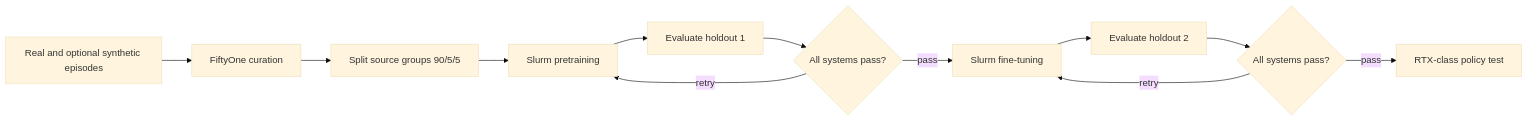
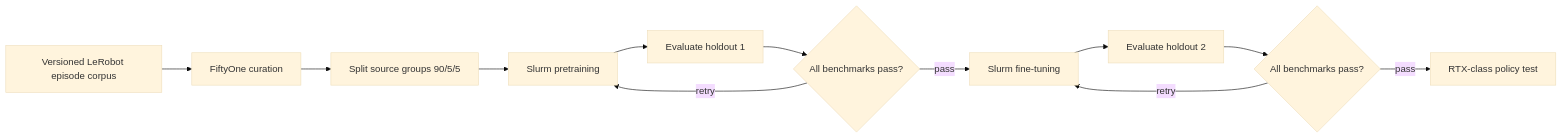
One commit to nebius/nebius-physical-ai changed the diagram in docs/workbench/cookbooks/policy-training-slurm.md. Above: the diagram before and after it, drawn with Mermaid (base theme). The commit also changed other lines of this file and 16 other files, not shown here.

````diff
--- a/docs/workbench/cookbooks/policy-training-slurm.md
+++ b/docs/workbench/cookbooks/policy-training-slurm.md
@@ -84,14 +89,14 @@
 ```mermaid
 flowchart LR
-  A[Real and optional synthetic episodes] --> B[FiftyOne curation]
+  A[Versioned LeRobot episode corpus] --> B[FiftyOne curation]
   B --> C[Split source groups 90/5/5]
   C --> D[Slurm pretraining]
   D --> E[Evaluate holdout 1]
-  E --> F{All systems pass?}
+  E --> F{All benchmarks pass?}
   F -->|retry| D
   F -->|pass| G[Slurm fine-tuning]
   G --> H[Evaluate holdout 2]
-  H --> I{All systems pass?}
+  H --> I{All benchmarks pass?}
   I -->|retry| G
   I -->|pass| J[RTX-class policy test]
 ```
````
